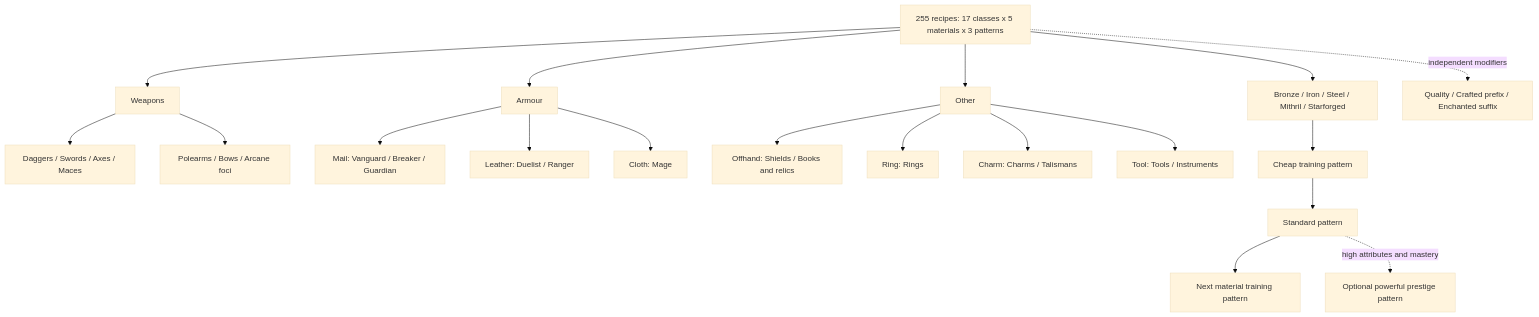
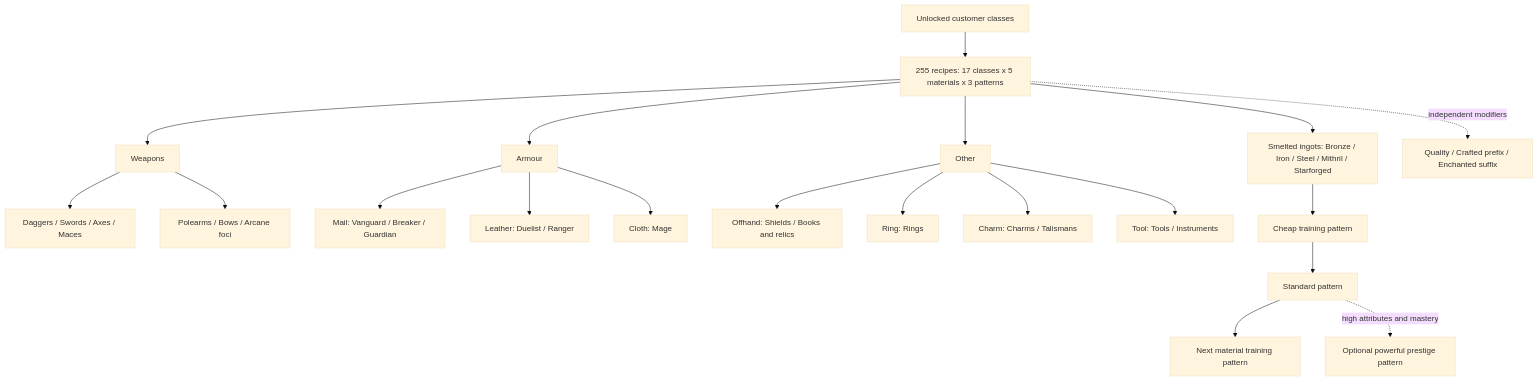
Before and after one commit to DaniMo8/Ember-and-Iron: the diagram in design/diagrams/item-tree.mmd, drawn with Mermaid (base theme). The commit also changed 26 other files, not shown here.

```diff
--- a/design/diagrams/item-tree.mmd
+++ b/design/diagrams/item-tree.mmd
@@ -1,19 +1,19 @@
 flowchart TD
-  R[255 recipes: 17 classes x 5 materials x 3 patterns] --> W[Weapons]
+  C[Unlocked customer classes] --> R[255 recipes: 17 classes x 5 materials x 3 patterns] --> W[Weapons]
   R --> A[Armour]
   R --> O[Other]
   W --> W1[Daggers / Swords / Axes / Maces]
   W --> W2[Polearms / Bows / Arcane foci]
   A --> A1[Mail: Vanguard / Breaker / Guardian]
   A --> A2[Leather: Duelist / Ranger]
   A --> A3[Cloth: Mage]
   O --> O1[Offhand: Shields / Books and relics]
   O --> O2[Ring: Rings]
   O --> O3[Charm: Charms / Talismans]
   O --> O4[Tool: Tools / Instruments]
-  R --> M[Bronze / Iron / Steel / Mithril / Starforged]
+  R --> M[Smelted ingots: Bronze / Iron / Steel / Mithril / Starforged]
   M --> T[Cheap training pattern]
   T --> S[Standard pattern]
   S --> N[Next material training pattern]
   S -. high attributes and mastery .-> P[Optional powerful prestige pattern]
   R -. independent modifiers .-> I[Quality / Crafted prefix / Enchanted suffix]
```
